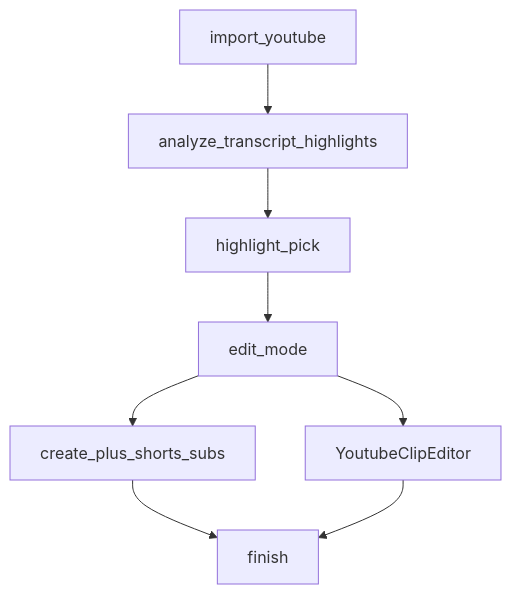
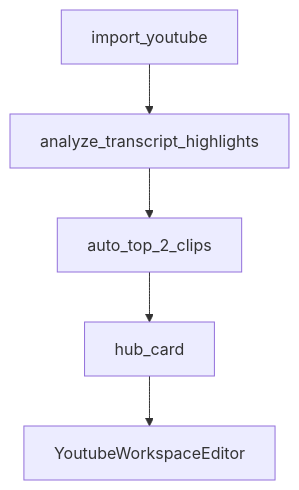
Before and after one commit to 0325658283sky-sys/shorts_writer: the third of 3 diagrams in docs/USER_JOURNEYS.md, drawn with Mermaid. The commit also changed other lines of this file and 33 other files, not shown here.

````diff
--- a/docs/USER_JOURNEYS.md
+++ b/docs/USER_JOURNEYS.md
@@ -168,10 +118,7 @@
 ```mermaid
 flowchart TD
   importYt[import_youtube] --> auto[analyze_transcript_highlights]
-  auto --> pick[highlight_pick]
-  pick --> fork[edit_mode]
-  fork --> quick[create_plus_shorts_subs]
-  fork --> editor[YoutubeClipEditor]
-  quick --> finish[finish]
-  editor --> finish
+  auto --> gen[auto_top_2_clips]
+  gen --> hub[hub_card]
+  hub --> editor[YoutubeWorkspaceEditor]
 ```
````
